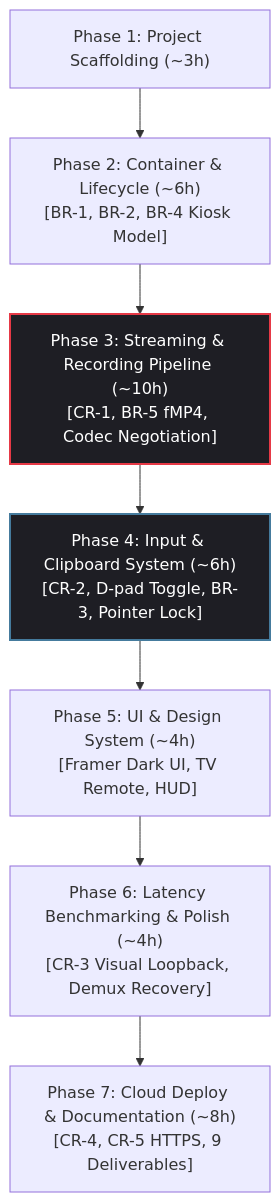
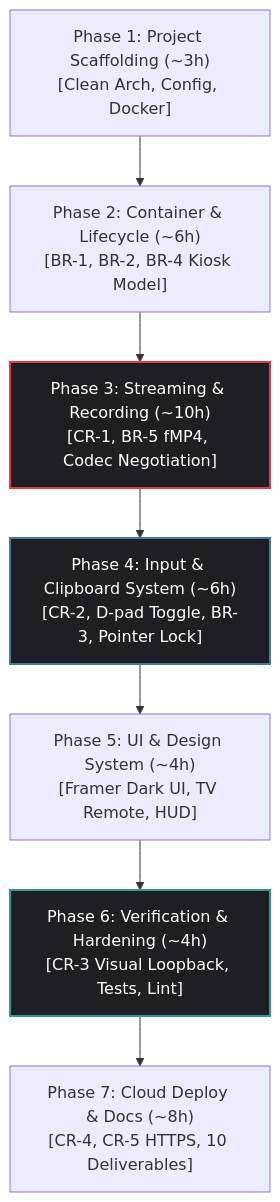
Before and after one commit to ayush-yadavv/android-browser-stream: the fourth of 4 diagrams in IMPLEMENTATION_PLAN.md, drawn with Mermaid. The commit also changed other lines of this file and 16 other files, not shown here.

First line of the commit message:
Refactor architecture documentation and enhance session management features

````diff
--- a/IMPLEMENTATION_PLAN.md
+++ b/IMPLEMENTATION_PLAN.md
@@ -399,12 +556,20 @@
 ```mermaid
 flowchart TD
-    P1["Phase 1: Project Scaffolding (~3h)"] --> P2["Phase 2: Container & Lifecycle (~6h)\n[BR-1, BR-2, BR-4 Kiosk Model]"]
-    P2 --> P3["Phase 3: Streaming & Recording Pipeline (~10h)\n[CR-1, BR-5 fMP4, Codec Negotiation]"]
-    P3 --> P4["Phase 4: Input & Clipboard System (~6h)\n[CR-2, D-pad Toggle, BR-3, Pointer Lock]"]
-    P4 --> P5["Phase 5: UI & Design System (~4h)\n[Framer Dark UI, TV Remote, HUD]"]
-    P5 --> P6["Phase 6: Latency Benchmarking & Polish (~4h)\n[CR-3 Visual Loopback, Demux Recovery]"]
-    P6 --> P7["Phase 7: Cloud Deploy & Documentation (~8h)\n[CR-4, CR-5 HTTPS, 9 Deliverables]"]
+    P1["Phase 1: Project Scaffolding (~3h)
+[Clean Arch, Config, Docker]"] --> P2["Phase 2: Container & Lifecycle (~6h)
+[BR-1, BR-2, BR-4 Kiosk Model]"]
+    P2 --> P3["Phase 3: Streaming & Recording (~10h)
+[CR-1, BR-5 fMP4, Codec Negotiation]"]
+    P3 --> P4["Phase 4: Input & Clipboard System (~6h)
+[CR-2, D-pad Toggle, BR-3, Pointer Lock]"]
+    P4 --> P5["Phase 5: UI & Design System (~4h)
+[Framer Dark UI, TV Remote, HUD]"]
+    P5 --> P6["Phase 6: Verification & Hardening (~4h)
+[CR-3 Visual Loopback, Tests, Lint]"]
+    P6 --> P7["Phase 7: Cloud Deploy & Docs (~8h)
+[CR-4, CR-5 HTTPS, 10 Deliverables]"]
 
     style P3 fill:#1e1e24,stroke:#e63946,stroke-width:2px,color:#fff
     style P4 fill:#1e1e24,stroke:#457b9d,stroke-width:2px,color:#fff
+    style P6 fill:#1e1e24,stroke:#2a9d8f,stroke-width:2px,color:#fff
 ```
````
